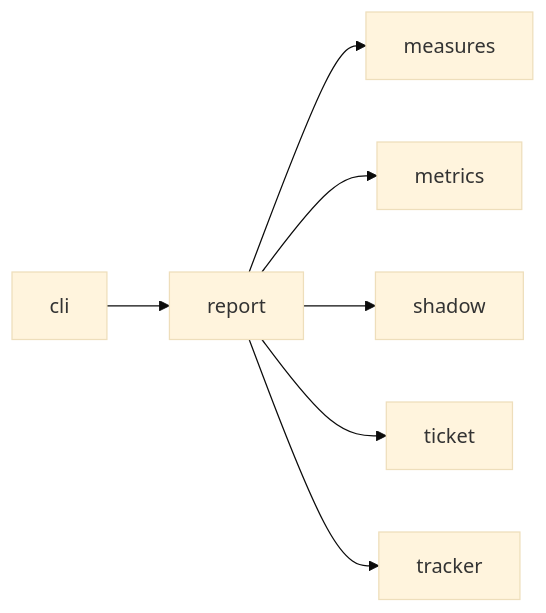
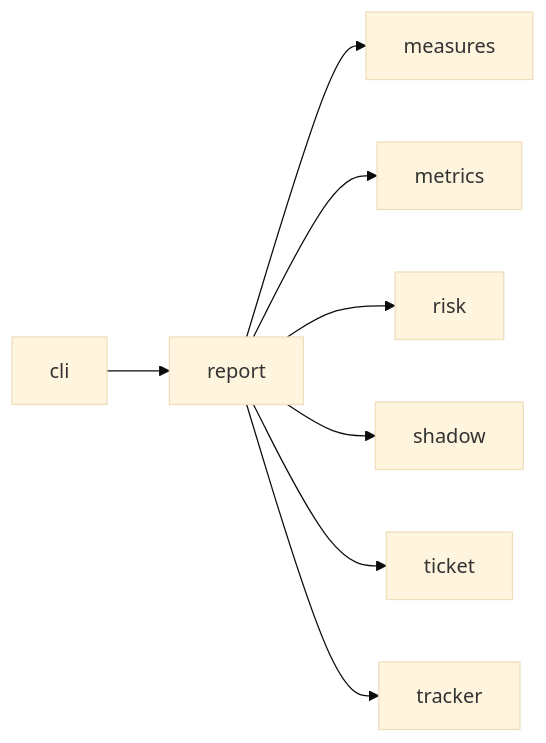
One commit to plaplanche/ariane changed the third of 3 diagrams in docs/architecture/modules/report.md. Above: the diagram before and after it, drawn with Mermaid (base theme). The commit also changed other lines of this file and 41 other files, not shown here.

````diff
--- a/docs/architecture/modules/report.md
+++ b/docs/architecture/modules/report.md
@@ -62,9 +63,10 @@
 ```mermaid
 flowchart LR
   cli --> report
   report --> measures
   report --> metrics
+  report --> risk
   report --> shadow
   report --> ticket
   report --> tracker
 ```
````
